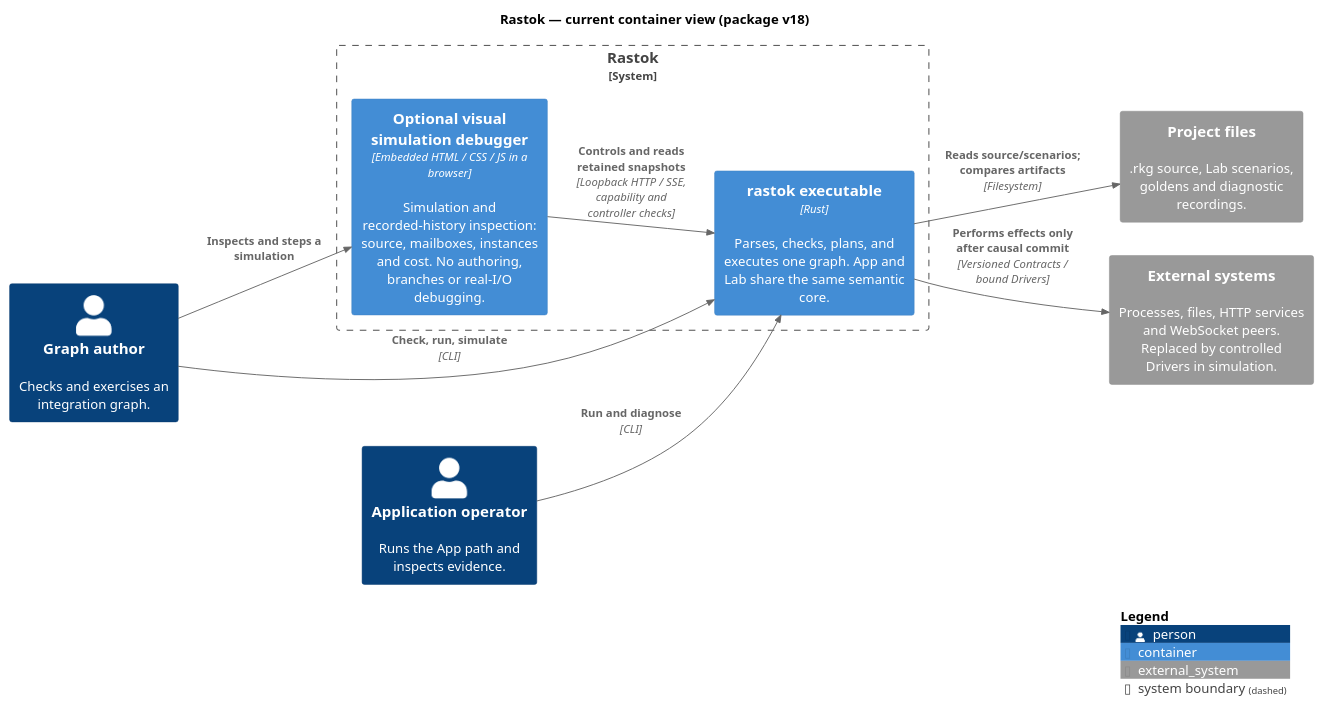
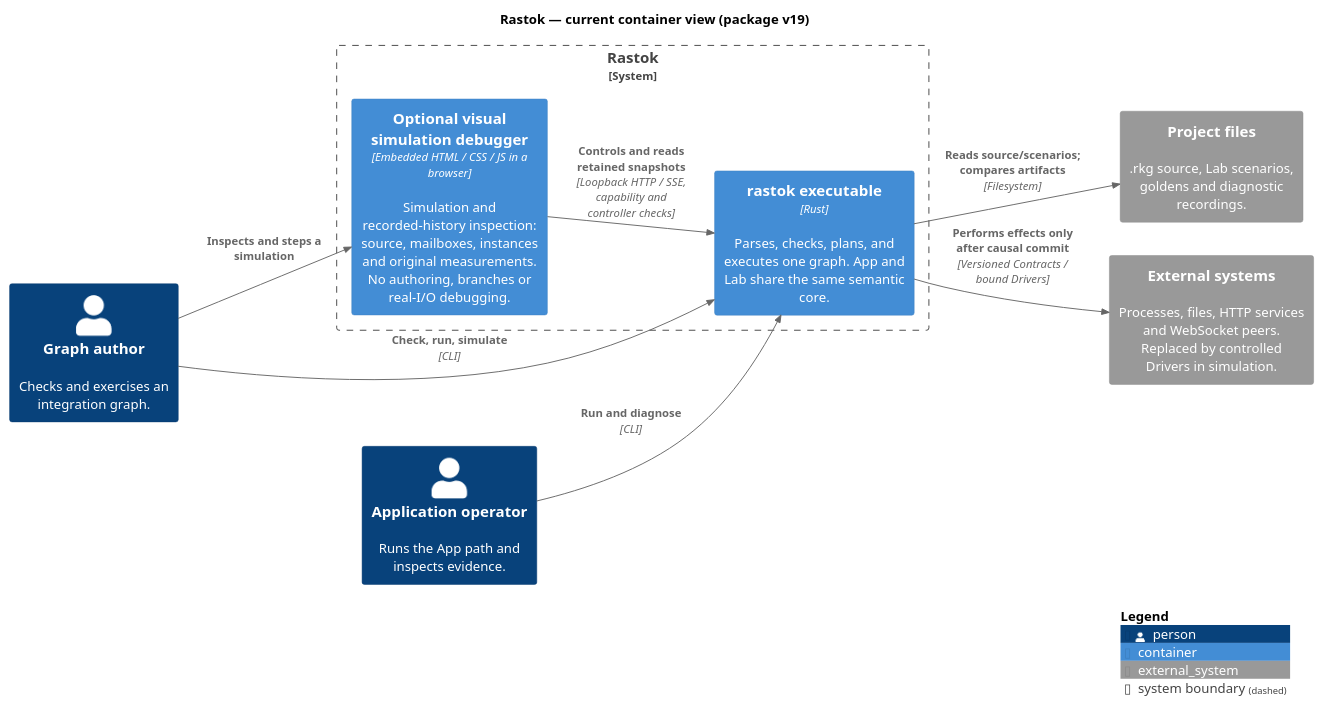
One commit to rastok-io/rastok changed the diagram in docs/architecture/02-rastok-container.puml. Above: the diagram before and after it, drawn with PlantUML. The commit also changed 33 other files, not shown here.

```diff
--- a/docs/architecture/02-rastok-container.puml
+++ b/docs/architecture/02-rastok-container.puml
@@ -1,27 +1,27 @@
 @startuml 02-rastok-container
 skinparam backgroundColor white
 !include <C4/C4_Container>
 
 LAYOUT_LEFT_RIGHT()
-title Rastok — current container view (package v18)
+title Rastok — current container view (package v19)
 
 Person(author, "Graph author", "Checks and exercises an integration graph.")
 Person(operator, "Application operator", "Runs the App path and inspects evidence.")
 
 System_Ext(project, "Project files", ".rkg source, Lab scenarios, goldens and diagnostic recordings.")
 System_Ext(world, "External systems", "Processes, files, HTTP services and WebSocket peers. Replaced by controlled Drivers in simulation.")
 
 System_Boundary(rastok_boundary, "Rastok") {
   Container(rastok_exec, "rastok executable", "Rust", "Parses, checks, plans, and executes one graph. App and Lab share the same semantic core.")
-  Container(browser, "Optional visual simulation debugger", "Embedded HTML / CSS / JS in a browser", "Simulation and recorded-history inspection: source, mailboxes, instances and cost. No authoring, branches or real-I/O debugging.")
+  Container(browser, "Optional visual simulation debugger", "Embedded HTML / CSS / JS in a browser", "Simulation and recorded-history inspection: source, mailboxes, instances and original measurements. No authoring, branches or real-I/O debugging.")
 }
 
 Rel(author, rastok_exec, "Check, run, simulate", "CLI")
 Rel(operator, rastok_exec, "Run and diagnose", "CLI")
 Rel(rastok_exec, project, "Reads source/scenarios; compares artifacts", "Filesystem")
 Rel(rastok_exec, world, "Performs effects only after causal commit", "Versioned Contracts / bound Drivers")
 Rel(author, browser, "Inspects and steps a simulation")
 Rel(browser, rastok_exec, "Controls and reads retained snapshots", "Loopback HTTP / SSE, capability and controller checks")
 
 SHOW_LEGEND()
 @enduml
```
